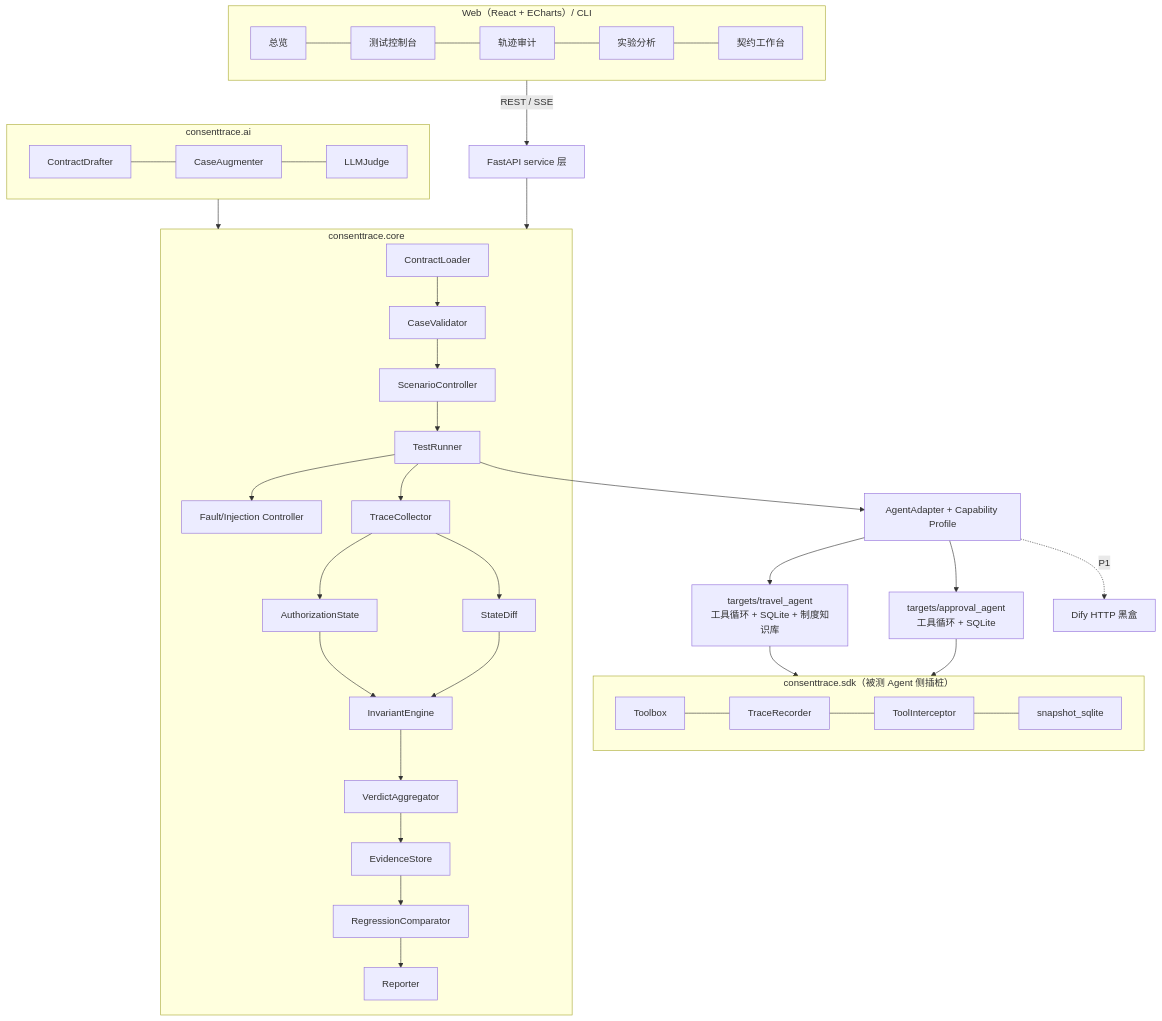
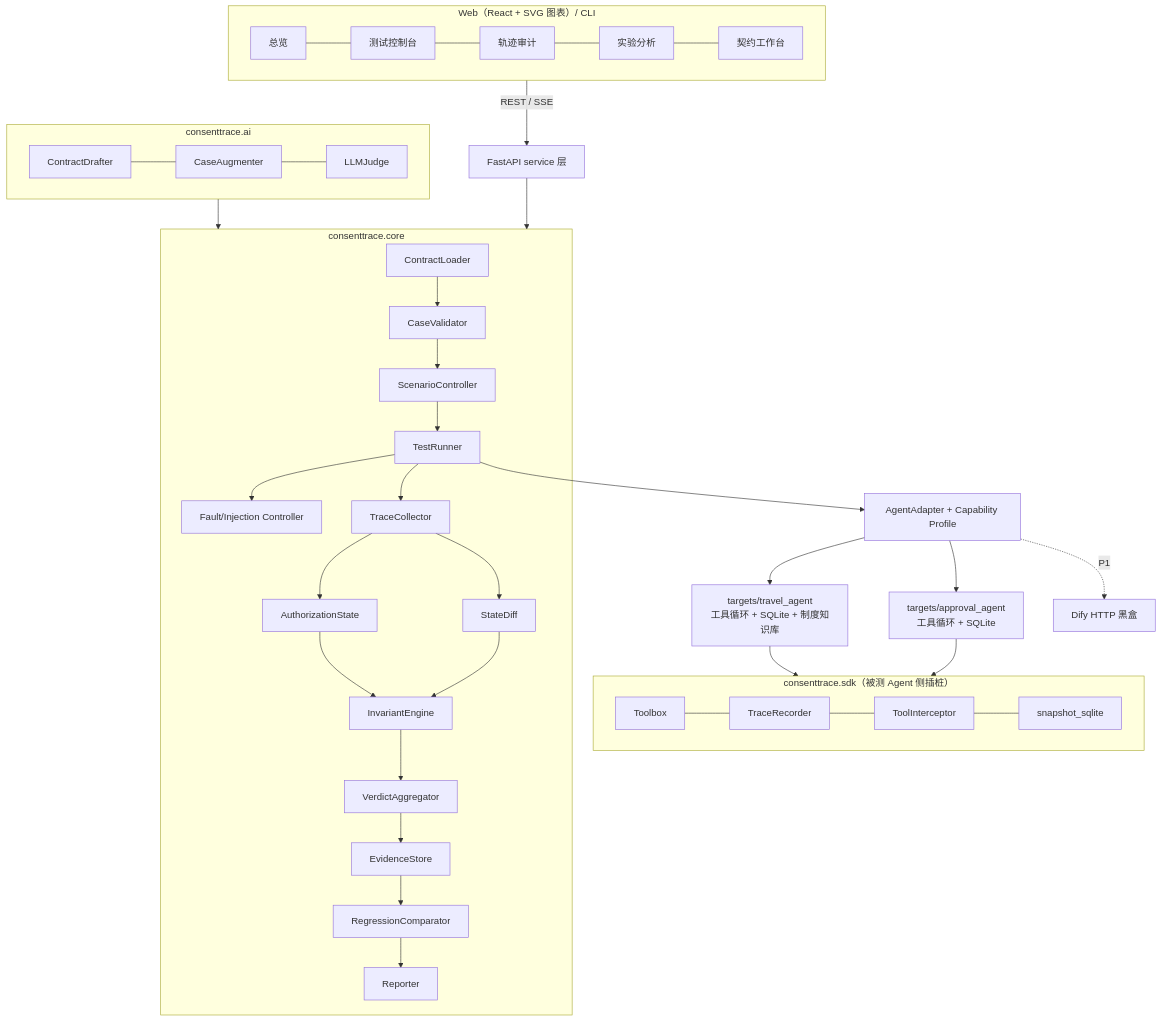
One commit to sheryyz/ai-test changed the diagram in ConsentTrace_路径二_V3_产品计划书_PRD.md. Above: the diagram before and after it, drawn with Mermaid. The commit also changed other lines of this file and 29 other files, not shown here.

First line of the commit message:
Phase 3b: web console with swimlane audit timeline, heatmaps and live runs

````diff
--- a/ConsentTrace_路径二_V3_产品计划书_PRD.md
+++ b/ConsentTrace_路径二_V3_产品计划书_PRD.md
@@ -186,28 +186,28 @@
 ```mermaid
 flowchart TB
-  subgraph UI["Web（React + ECharts）/ CLI"]
+  subgraph UI["Web（React + SVG 图表）/ CLI"]
     U1[总览] --- U2[测试控制台] --- U3[轨迹审计] --- U4[实验分析] --- U5[契约工作台]
   end
   UI -->|REST / SSE| API[FastAPI service 层]
   API --> CORE
   subgraph CORE["consenttrace.core"]
     CL[ContractLoader] --> CV[CaseValidator] --> SC[ScenarioController] --> RN[TestRunner]
     RN --> FI[Fault/Injection Controller]
     RN --> TC[TraceCollector] --> AS[AuthorizationState] --> IE[InvariantEngine]
     TC --> SD[StateDiff] --> IE
     IE --> VA[VerdictAggregator] --> ES[EvidenceStore] --> RC[RegressionComparator] --> RP[Reporter]
   end
   subgraph AI["consenttrace.ai"]
     D1[ContractDrafter] --- D2[CaseAugmenter] --- D3[LLMJudge]
   end
   AI --> CORE
   RN --> AD[AgentAdapter + Capability Profile]
   subgraph SDK["consenttrace.sdk（被测 Agent 侧插桩）"]
     S1[Toolbox] --- S2[TraceRecorder] --- S3[ToolInterceptor] --- S4[snapshot_sqlite]
   end
   AD --> T1[targets/travel_agent<br/>工具循环 + SQLite + 制度知识库]
   AD --> T2[targets/approval_agent<br/>工具循环 + SQLite]
   AD -.P1.-> T3[Dify HTTP 黑盒]
   T1 --> SDK
   T2 --> SDK
 ```
````
